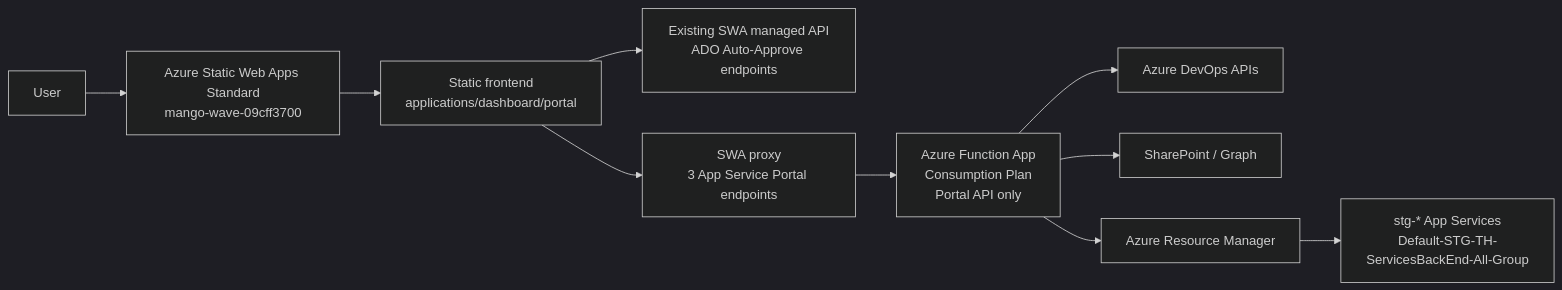
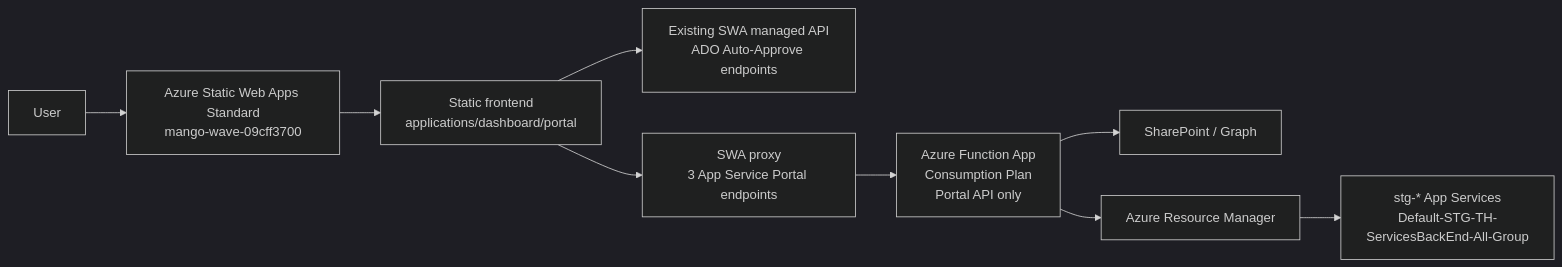
One commit to birdzee4-cmd/ado-auto-approve changed the diagram in docs/function-app-api-migration-plan.md. Above: the diagram before and after it, drawn with Mermaid (dark theme). The commit also changed other lines of this file, not shown here.

Commit message:
Clarify portal-only Function App setup

````diff
--- a/docs/function-app-api-migration-plan.md
+++ b/docs/function-app-api-migration-plan.md
@@ -35,12 +35,11 @@
 ```mermaid
 flowchart LR
   User["User"] --> SWA["Azure Static Web Apps Standard<br/>mango-wave-09cff3700"]
   SWA --> Frontend["Static frontend<br/>applications/dashboard/portal"]
   Frontend --> AdoApi["Existing SWA managed API<br/>ADO Auto-Approve endpoints"]
   Frontend --> PortalProxy["SWA proxy<br/>3 App Service Portal endpoints"]
   PortalProxy --> FunctionApp["Azure Function App<br/>Consumption Plan<br/>Portal API only"]
-  FunctionApp --> ADO["Azure DevOps APIs"]
   FunctionApp --> SP["SharePoint / Graph"]
   FunctionApp --> ARM["Azure Resource Manager"]
   ARM --> AppServices["stg-* App Services<br/>Default-STG-TH-ServicesBackEnd-All-Group"]
 ```
````
